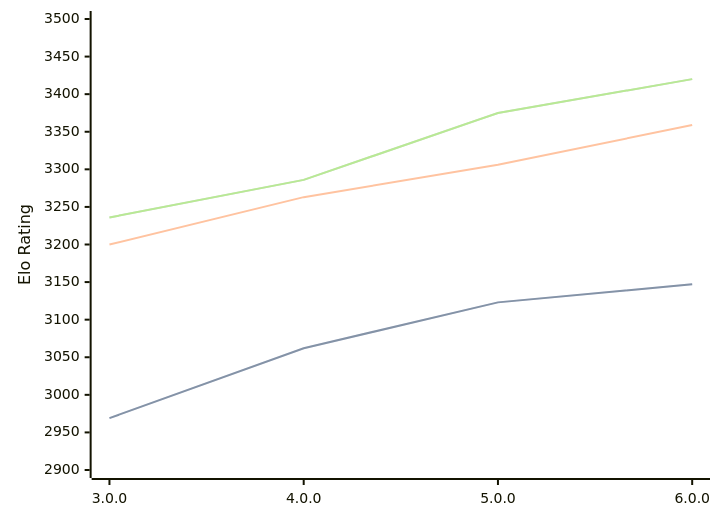
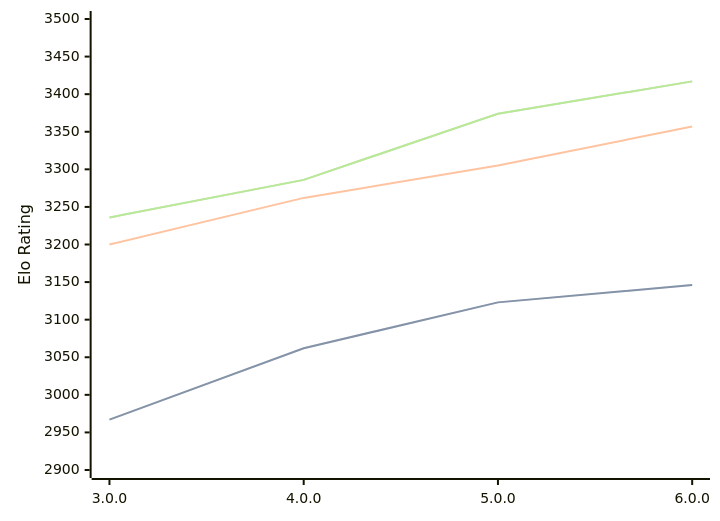
One commit to computer-chess-index/cci changed the diagram in engines/Minke.md. Above: the diagram before and after it, drawn with Mermaid. The commit also changed other lines of this file, not shown here.

Commit message:
Update CCI Ratings (ELO VLTC) - 2026-07-27

````diff
--- a/engines/Minke.md
+++ b/engines/Minke.md
@@ -36,11 +36,11 @@
 ```mermaid
 %%{init: {"theme":"base","themeVariables":{"seriesColors:['#a3a3a3','#222221','#faa371']}}}%%
 xychart-beta
   x-axis ["3.0.0", "4.0.0", "5.0.0", "6.0.0"]
   y-axis "Elo Rating" 2900 --> 3500
-  line "STC (8.0+0.08s)" [2969, 3062, 3123, 3147]
-  line "STC (8.0+0.08s)" [2969, 3062, 3123, 3147]
-  line "LTC (60.0+0.60s)" [3200, 3263, 3306, 3359]
-  line "VLTC (2m24s+1.12s)" [3236, 3286, 3375, 3420]
-  line "VLTC (2m24s+1.12s)" [3236, 3286, 3375, 3420]
+  line "STC (8.0+0.08s)" [2967, 3062, 3123, 3146]
+  line "STC (8.0+0.08s)" [2967, 3062, 3123, 3146]
+  line "LTC (60.0+0.60s)" [3200, 3262, 3305, 3357]
+  line "VLTC (2m24s+1.12s)" [3236, 3286, 3374, 3417]
+  line "VLTC (2m24s+1.12s)" [3236, 3286, 3374, 3417]
 ```
````
